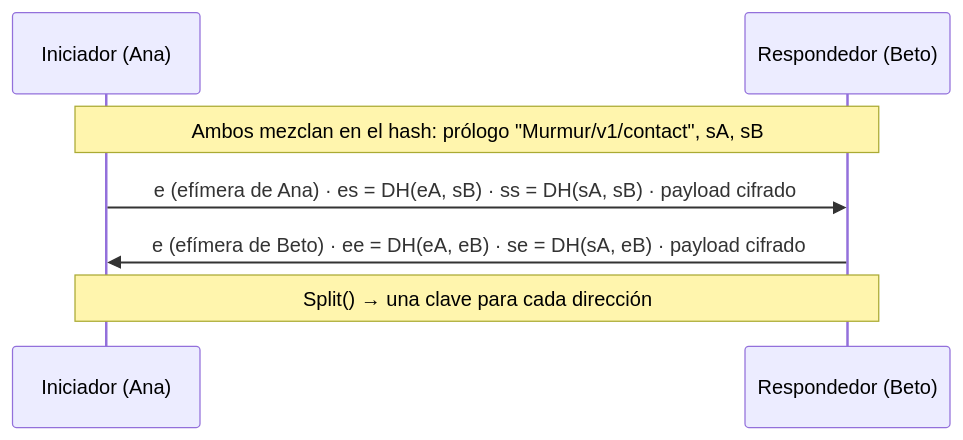
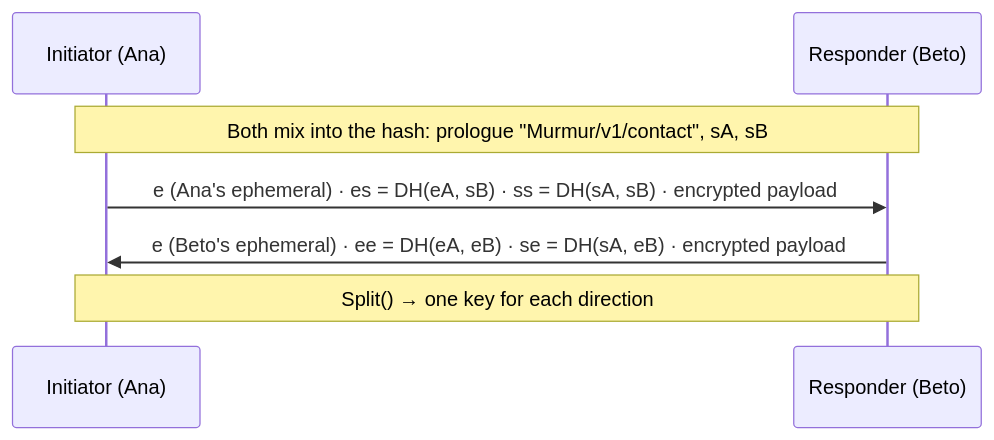
The first of 2 diagrams in website/concepts/noise.md (fsoftt/Murmur), drawn with Mermaid before and after one commit. The commit also changed other lines of this file and 51 other files, not shown here.

````diff
--- a/website/concepts/noise.md
+++ b/website/concepts/noise.md
@@ -29,9 +29,9 @@
 ```mermaid
 sequenceDiagram
-    participant A as Iniciador (Ana)
-    participant B as Respondedor (Beto)
-    Note over A,B: Ambos mezclan en el hash: prólogo "Murmur/v1/contact", sA, sB
-    A->>B: e (efímera de Ana) · es = DH(eA, sB) · ss = DH(sA, sB) · payload cifrado
-    B->>A: e (efímera de Beto) · ee = DH(eA, eB) · se = DH(sA, eB) · payload cifrado
-    Note over A,B: Split() → una clave para cada dirección
+    participant A as Initiator (Ana)
+    participant B as Responder (Beto)
+    Note over A,B: Both mix into the hash: prologue "Murmur/v1/contact", sA, sB
+    A->>B: e (Ana's ephemeral) · es = DH(eA, sB) · ss = DH(sA, sB) · encrypted payload
+    B->>A: e (Beto's ephemeral) · ee = DH(eA, eB) · se = DH(sA, eB) · encrypted payload
+    Note over A,B: Split() → one key for each direction
 ```
````
